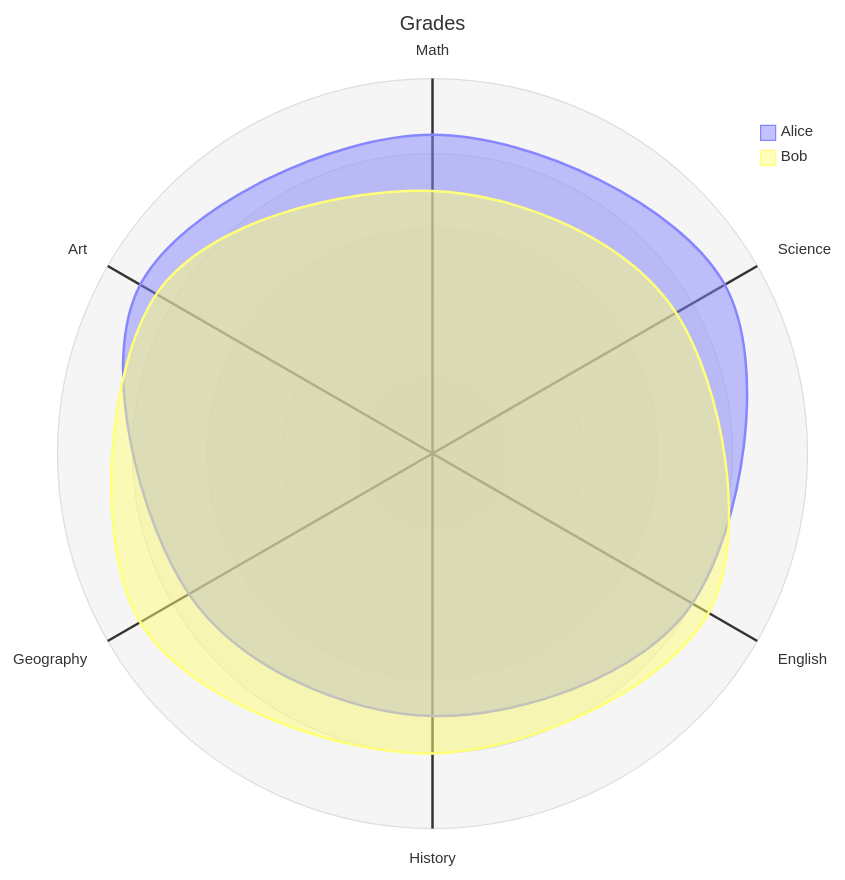
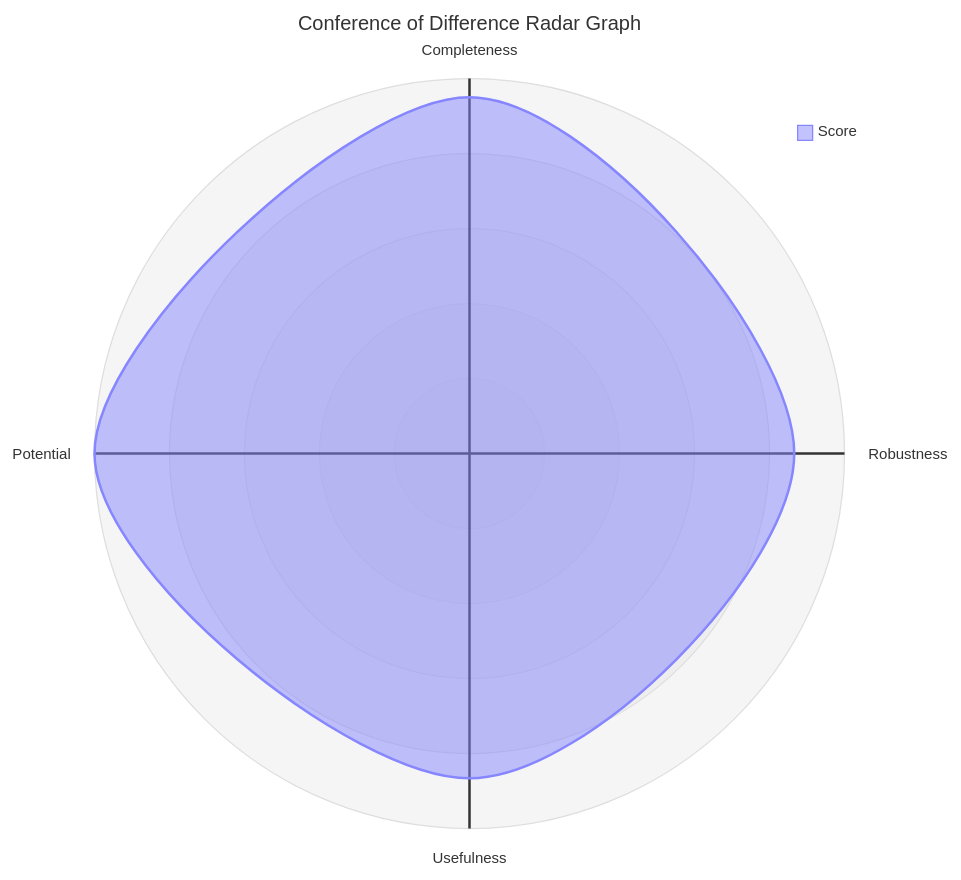
The diagram in docs/case-studies/conference-of-difference.md (johnmackay61/omaf), drawn with Mermaid before and after one commit. The commit also changed other lines of this file, not shown here.

Commit message:
Inserted Mermaid Radar Graph
Swapped out radar jpg for Mermaid radar diagram instead for ease of use.

````diff
--- a/docs/case-studies/conference-of-difference.md
+++ b/docs/case-studies/conference-of-difference.md
@@ -51,14 +50,9 @@
 ```mermaid
 ---
-title: "Grades"
+title: "Conference of Difference Radar Graph"
 ---
 radar-beta
-  axis m["Math"], s["Science"], e["English"]
-  axis h["History"], g["Geography"], a["Art"]
-  curve a["Alice"]{85, 90, 80, 70, 75, 90}
-  curve b["Bob"]{70, 75, 85, 80, 90, 85}
-
-  max 100
-  min 0
+axis Completeness, Robustness, Usefulness, Potential
+curve Score{4.75,4.33,4.33,5.00}
   
 ```
````
